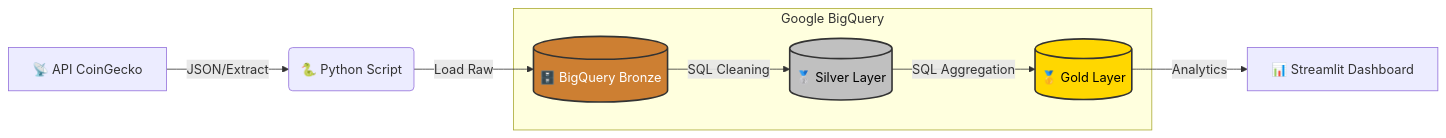
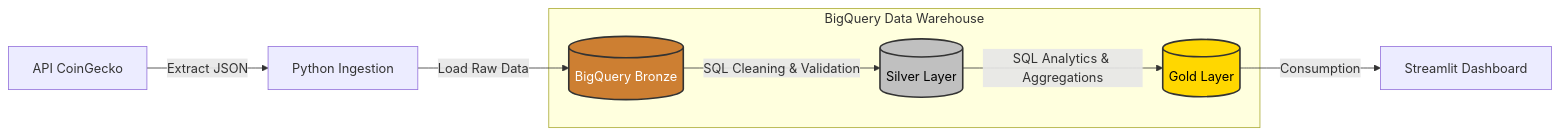
One commit to Henrique416148/cloud-data-pipeline changed the diagram in README.md. Above: the diagram before and after it, drawn with Mermaid. The commit also changed other lines of this file, not shown here.

````diff
--- a/README.md
+++ b/README.md
@@ -18,17 +26,16 @@
 ```mermaid
 graph LR
-    A[📡 API CoinGecko] -->|JSON/Extract| B(🐍 Python Script)
-    B -->|Load Raw| C[(🗄️ BigQuery Bronze)]
+    A[API CoinGecko] -->|Extract JSON| B[Python Ingestion]
+    B -->|Load Raw Data| C[(BigQuery Bronze)]
     
-    subgraph Data Warehouse [Google BigQuery]
-        C -->|SQL Cleaning| D[(🥈 Silver Layer)]
-        D -->|SQL Aggregation| E[(🥇 Gold Layer)]
+    subgraph BigQuery Data Warehouse
+        C -->|SQL Cleaning & Validation| D[(Silver Layer)]
+        D -->|SQL Analytics & Aggregations| E[(Gold Layer)]
     end
 
-    E -->|Analytics| F[📊 Streamlit Dashboard]
-    
+    E -->|Consumption| F[Streamlit Dashboard]
+
     style C fill:#cd7f32,stroke:#333,stroke-width:2px,color:white
     style D fill:#c0c0c0,stroke:#333,stroke-width:2px,color:black
     style E fill:#ffd700,stroke:#333,stroke-width:2px,color:black
-
 ```
````
